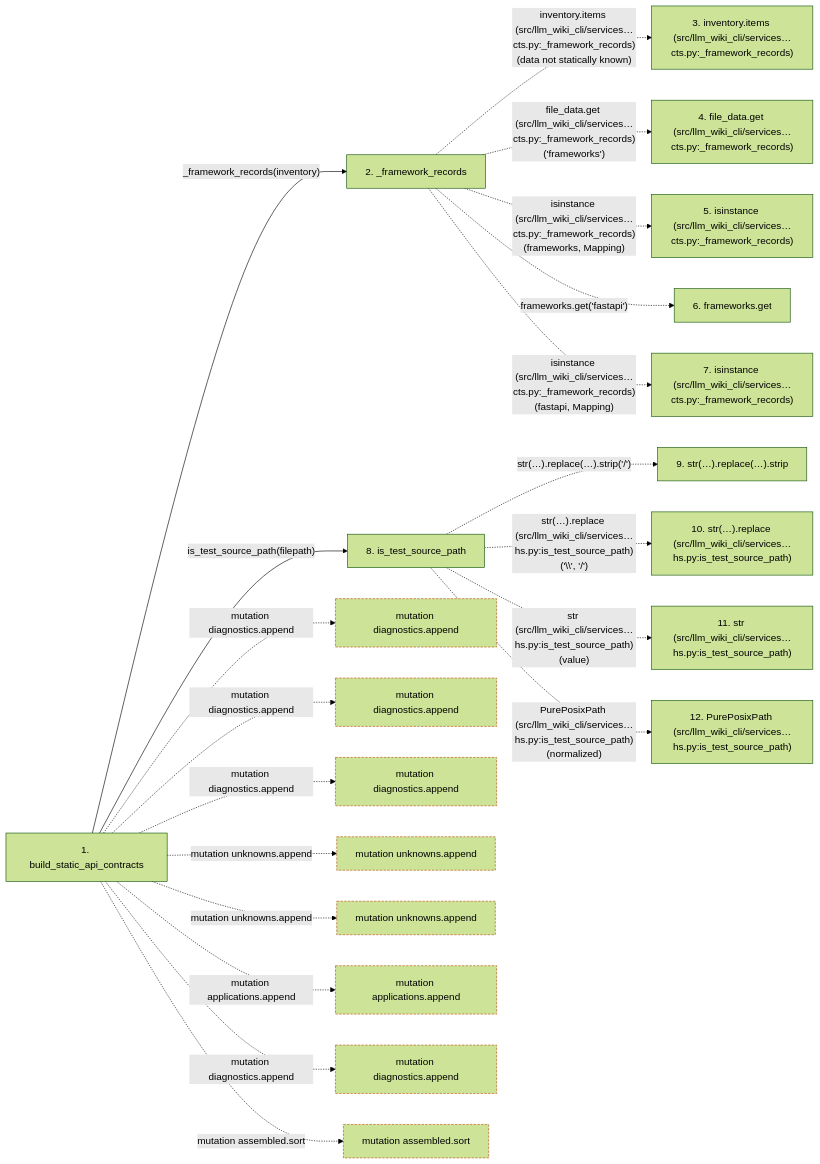
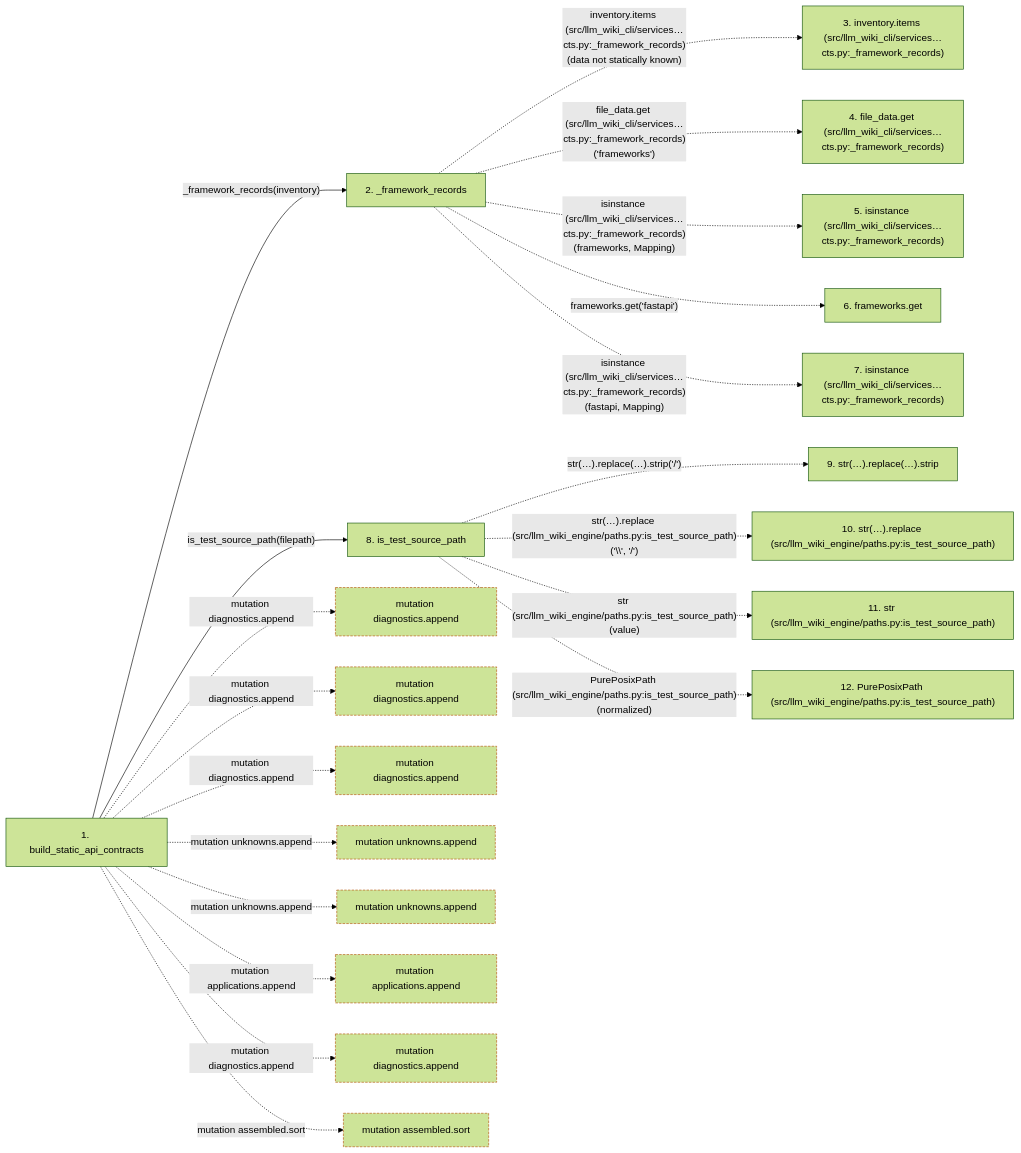
The second of 2 diagrams in docs/llm_wiki/flows/api-build_static_api_contracts.md (Denissvgn/python-wiki-llm), drawn with Mermaid (forest theme) before and after one commit. The commit also changed other lines of this file and 1103 other files, not shown here.

First line of the commit message:
docs: refresh the wiki for the llm-wiki-engine distribution

````diff
--- a/docs/llm_wiki/flows/api-build_static_api_contracts.md
+++ b/docs/llm_wiki/flows/api-build_static_api_contracts.md
@@ -139,54 +139,54 @@
 ```mermaid
 flowchart LR
     s1["1. build_static_api_contracts"]
     s2["2. _framework_records"]
     s3["3. inventory.items (src/llm_wiki_cli/services…cts.py:_framework_records)"]
     s4["4. file_data.get (src/llm_wiki_cli/services…cts.py:_framework_records)"]
     s5["5. isinstance (src/llm_wiki_cli/services…cts.py:_framework_records)"]
     s6["6. frameworks.get"]
     s7["7. isinstance (src/llm_wiki_cli/services…cts.py:_framework_records)"]
     s8["8. is_test_source_path"]
     s9["9. str(…).replace(…).strip"]
-    s10["10. str(…).replace (src/llm_wiki_cli/services…hs.py:is_test_source_path)"]
-    s11["11. str (src/llm_wiki_cli/services…hs.py:is_test_source_path)"]
-    s12["12. PurePosixPath (src/llm_wiki_cli/services…hs.py:is_test_source_path)"]
+    s10["10. str(…).replace (src/llm_wiki_engine/paths.py:is_test_source_path)"]
+    s11["11. str (src/llm_wiki_engine/paths.py:is_test_source_path)"]
+    s12["12. PurePosixPath (src/llm_wiki_engine/paths.py:is_test_source_path)"]
     s1 -->|"_framework_records(inventory)"| s2
     s2 -. "inventory.items (src/llm_wiki_cli/services…cts.py:_framework_records)(data not statically known)" .-> s3
     s2 -. "file_data.get (src/llm_wiki_cli/services…cts.py:_framework_records)('frameworks')" .-> s4
     s2 -. "isinstance (src/llm_wiki_cli/services…cts.py:_framework_records)(frameworks, Mapping)" .-> s5
     s2 -. "frameworks.get('fastapi')" .-> s6
     s2 -. "isinstance (src/llm_wiki_cli/services…cts.py:_framework_records)(fastapi, Mapping)" .-> s7
     s1 -->|"is_test_source_path(filepath)"| s8
     s8 -. "str(…).replace(…).strip('/')" .-> s9
-    s8 -. "str(…).replace (src/llm_wiki_cli/services…hs.py:is_test_source_path)('\\', '/')" .-> s10
-    s8 -. "str (src/llm_wiki_cli/services…hs.py:is_test_source_path)(value)" .-> s11
-    s8 -. "PurePosixPath (src/llm_wiki_cli/services…hs.py:is_test_source_path)(normalized)" .-> s12
+    s8 -. "str(…).replace (src/llm_wiki_engine/paths.py:is_test_source_path)('\\', '/')" .-> s10
+    s8 -. "str (src/llm_wiki_engine/paths.py:is_test_source_path)(value)" .-> s11
+    s8 -. "PurePosixPath (src/llm_wiki_engine/paths.py:is_test_source_path)(normalized)" .-> s12
     b0["mutation diagnostics.append"]
     s1 -. "mutation diagnostics.append" .-> b0
     b1["mutation diagnostics.append"]
     s1 -. "mutation diagnostics.append" .-> b1
     b2["mutation diagnostics.append"]
     s1 -. "mutation diagnostics.append" .-> b2
     b3["mutation unknowns.append"]
     s1 -. "mutation unknowns.append" .-> b3
     b4["mutation unknowns.append"]
     s1 -. "mutation unknowns.append" .-> b4
     b5["mutation applications.append"]
     s1 -. "mutation applications.append" .-> b5
     b6["mutation diagnostics.append"]
     s1 -. "mutation diagnostics.append" .-> b6
     b7["mutation assembled.sort"]
     s1 -. "mutation assembled.sort" .-> b7
     click s1 "../modules/api_contracts.md"
     click s2 "../modules/api_contracts.md"
     click s8 "../modules/paths.md"
     classDef boundary stroke:#b45309,stroke-dasharray: 4 2
     class b0 boundary
     class b1 boundary
     class b2 boundary
     class b3 boundary
     class b4 boundary
     class b5 boundary
     class b6 boundary
     class b7 boundary
 ```
````
